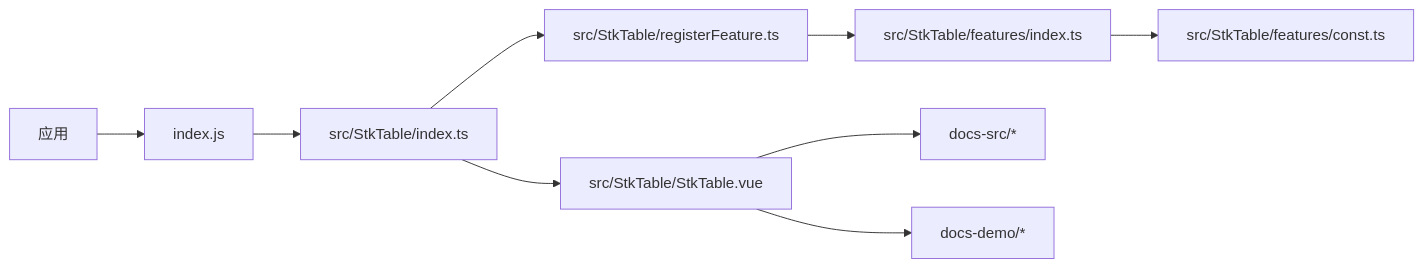
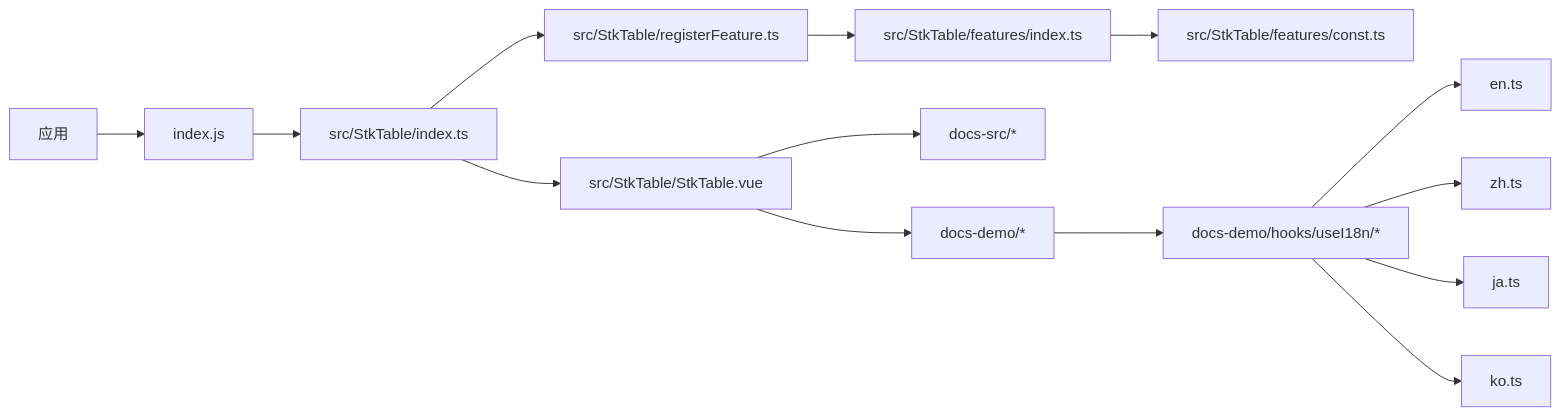
Before and after one commit to ja-plus/stk-table-vue: the fifth of 5 diagrams in .qoder/repowiki/zh/content/集成指南/集成指南.md, drawn with Mermaid. The commit also changed other lines of this file and 47 other files, not shown here.

````diff
--- a/.qoder/repowiki/zh/content/集成指南/集成指南.md
+++ b/.qoder/repowiki/zh/content/集成指南/集成指南.md
@@ -254,11 +321,16 @@
 ```mermaid
 graph LR
 App["应用"] --> Entry["index.js"]
 Entry --> Export["src/StkTable/index.ts"]
 Export --> Component["src/StkTable/StkTable.vue"]
 Export --> Registry["src/StkTable/registerFeature.ts"]
 Registry --> Features["src/StkTable/features/index.ts"]
 Features --> Consts["src/StkTable/features/const.ts"]
 Component --> Docs["docs-src/*"]
 Component --> Demos["docs-demo/*"]
+Demos --> I18n["docs-demo/hooks/useI18n/*"]
+I18n --> En["en.ts"]
+I18n --> Zh["zh.ts"]
+I18n --> Ja["ja.ts"]
+I18n --> Ko["ko.ts"]
 ```
````
